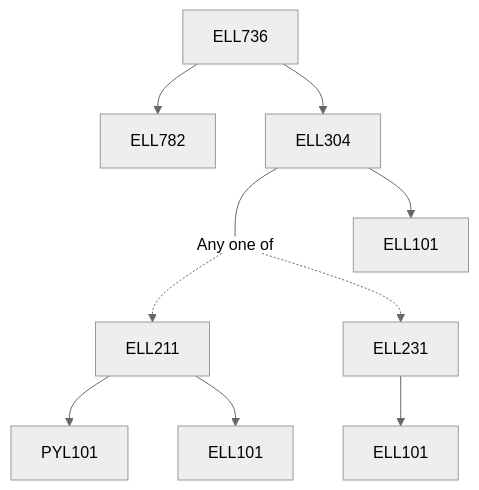
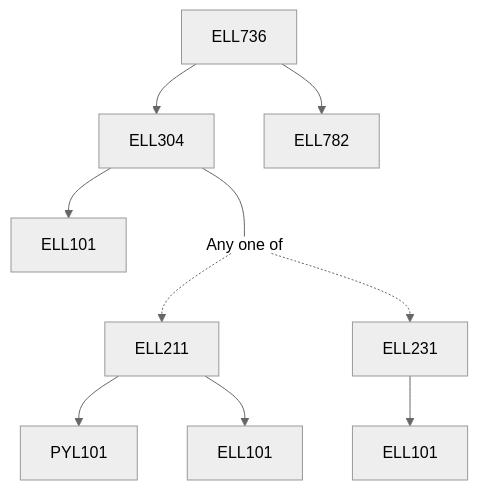
One commit to KeshavBansal0122/CoS_Website changed the diagram in content/Electrical Engineering/ELL736.md. Above: the diagram before and after it, drawn with Mermaid (neutral theme). The commit also changed other lines of this file and 2667 other files, not shown here.

````diff
--- a/content/Electrical Engineering/ELL736.md
+++ b/content/Electrical Engineering/ELL736.md
@@ -15,16 +13,16 @@
 ```mermaid
 flowchart TD
-ELL736-231[ELL736]
-ELL736-231 --> ELL782-231[ELL782]
-ELL736-231 --> ELL304-231[ELL304]
-ELL304-231 --- Or232[Any one of]:::empty
-ELL211-233 --> PYL101-233[PYL101]
-ELL211-233 --> ELL101-233[ELL101]
-Or232 -.-> ELL211-233[ELL211]
-Or232 -.-> ELL231-234[ELL231]
-ELL231-234 --> ELL101-234[ELL101]
-ELL304-231 --> ELL101-231[ELL101]
+ELL736-359[ELL736]
+ELL304-359 --> ELL101-359[ELL101]
+ELL736-359 --> ELL304-359[ELL304]
+ELL736-359 --> ELL782-359[ELL782]
+ELL304-359 --- Or360[Any one of]:::empty
+ELL211-361 --> PYL101-361[PYL101]
+Or360 -.-> ELL211-361[ELL211]
+ELL211-361 --> ELL101-361[ELL101]
+Or360 -.-> ELL231-362[ELL231]
+ELL231-362 --> ELL101-362[ELL101]
 
 classDef empty height:17px, fill:transparent, stroke:transparent;
 classDef trueEmpty height:0px, width:0px;
 ```
````
